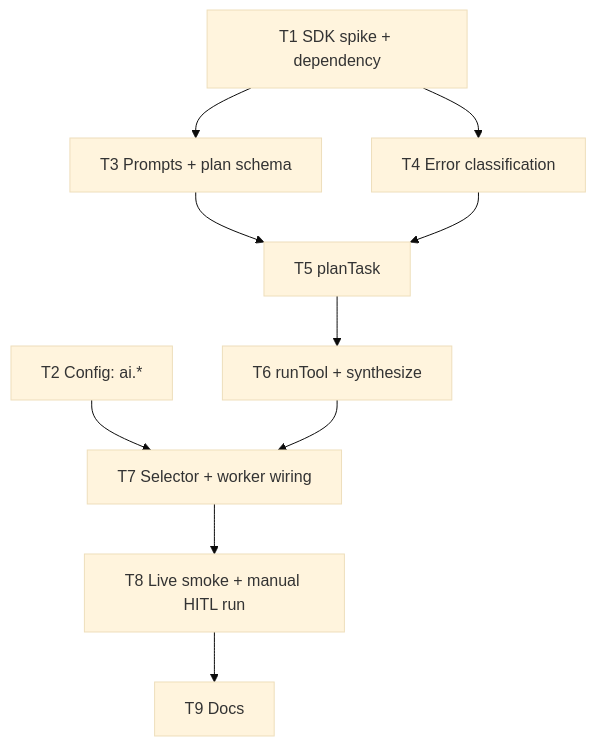
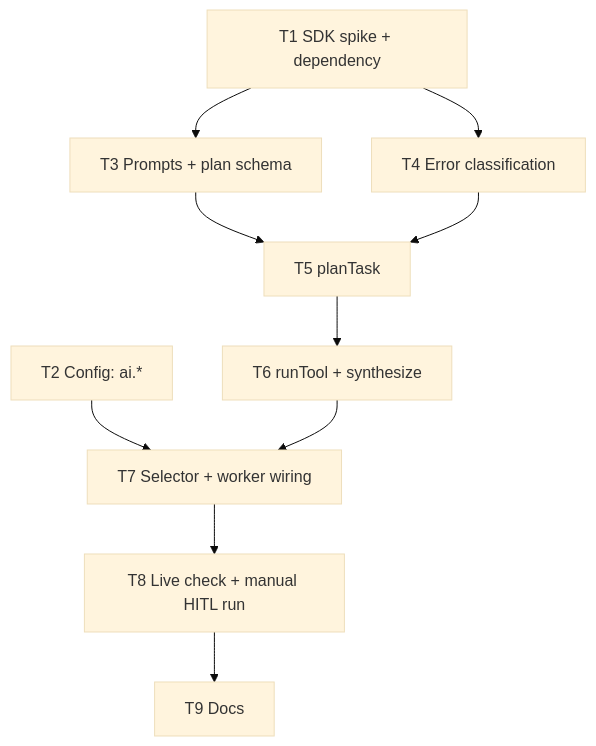
Before and after one commit to oleh-kravchuk-ua/temporal-claude: the diagram in docs/PLAN.md, drawn with Mermaid (base theme). The commit also changed other lines of this file and 10 other files, not shown here.

````diff
--- a/docs/PLAN.md
+++ b/docs/PLAN.md
@@ -15,12 +15,12 @@
 ```mermaid
 flowchart TD
   T1[T1 SDK spike + dependency] --> T3[T3 Prompts + plan schema]
   T1 --> T4[T4 Error classification]
   T2[T2 Config: ai.*] --> T7[T7 Selector + worker wiring]
   T3 --> T5[T5 planTask]
   T4 --> T5
   T5 --> T6[T6 runTool + synthesize]
   T6 --> T7
-  T7 --> T8[T8 Live smoke + manual HITL run]
+  T7 --> T8[T8 Live check + manual HITL run]
   T8 --> T9[T9 Docs]
 ```
````
